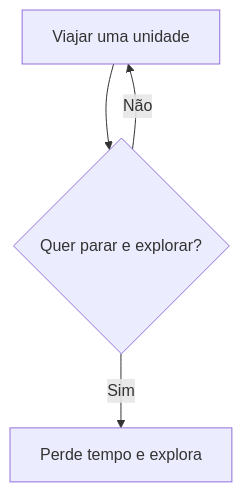
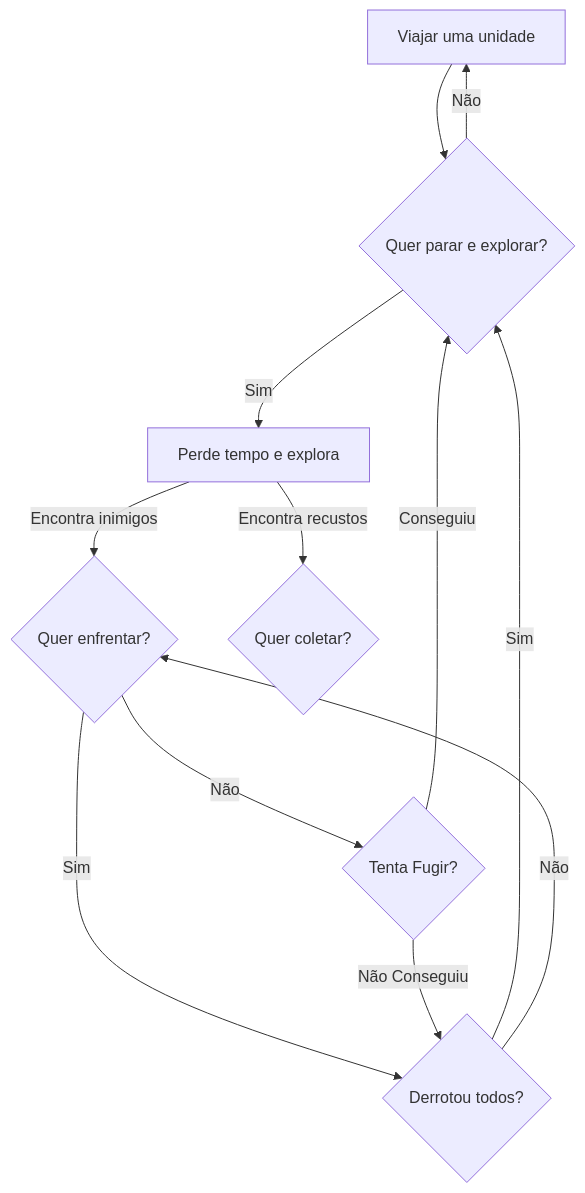
Before and after one commit to LuisAmorimDev/ConsoleGame: the diagram in Contributions.md, drawn with Mermaid. The commit also changed other lines of this file, not shown here.

````diff
--- a/Contributions.md
+++ b/Contributions.md
@@ -8,7 +8,15 @@
 ```mermaid
 flowchart TD
   A[Viajar uma unidade] --> B{Quer parar e explorar?};
   B -- Sim --> C[Perde tempo e explora];
   B -- Não --> A;
+  C -- Encontra inimigos --> D{Quer enfrentar?};
+  C -- Encontra recustos --> E{Quer coletar?};
+  D -- Sim --> F{Derrotou todos?};
+  D -- Não --> G{Tenta Fugir?};
+  F -- Sim --> B;
+  F -- Não --> D;
+  G -- Conseguiu --> B;
+  G -- Não Conseguiu --> F;
 
 ```
````
